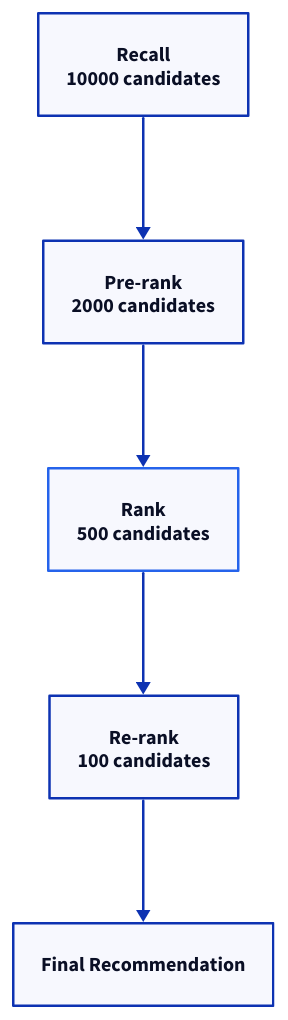
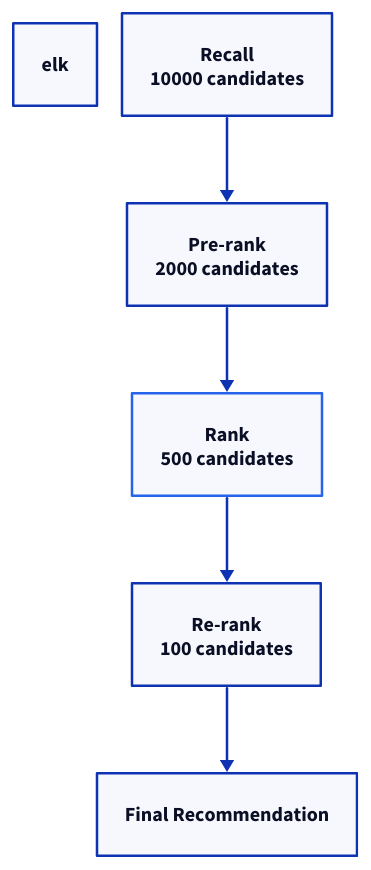
Before and after one commit to 111qqz/111qqz.github.io: the diagram in images/adaptive-load-control/recommendation-pipeline.d2, drawn with D2. The commit also changed 99 other files, not shown here.

Commit message:
fix: optimize extremely wide or tall D2 diagrams to fit on mobile devices 111qqz/hugo-blog@0a3194efb1138281dfce2a9220a4055f8356854f

```diff
--- a/images/adaptive-load-control/recommendation-pipeline.d2
+++ b/images/adaptive-load-control/recommendation-pipeline.d2
@@ -1,12 +1,13 @@
+layout-engine: elk
 direction: down
 
 Recall: Recall\n10000 candidates
 Pre-rank: Pre-rank\n2000 candidates
 Rank: Rank\n500 candidates {
   style.stroke: "#2563eb"
   style.bold: true
 }
 Re-rank: Re-rank\n100 candidates
 Result: Final Recommendation
 
 Recall -> Pre-rank -> Rank -> Re-rank -> Result
```
